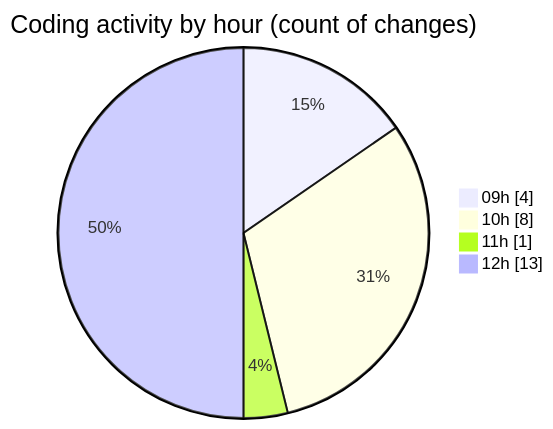
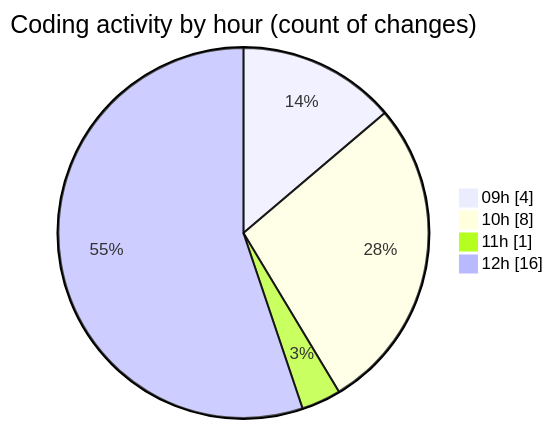
Before and after one commit to nxtqubesakshisongat/code-tracking: the second of 2 diagrams in 2026-02-18/nxtqube_webapp/README.md, drawn with Mermaid. The commit also changed other lines of this file and 1 other file, not shown here.

````diff
--- a/2026-02-18/nxtqube_webapp/README.md
+++ b/2026-02-18/nxtqube_webapp/README.md
@@ -34,8 +34,8 @@
 ```mermaid
 pie showData
 title Coding activity by hour (count of changes)
 "09h" : 4
 "10h" : 8
 "11h" : 1
-"12h" : 13
+"12h" : 16
 ```
````
